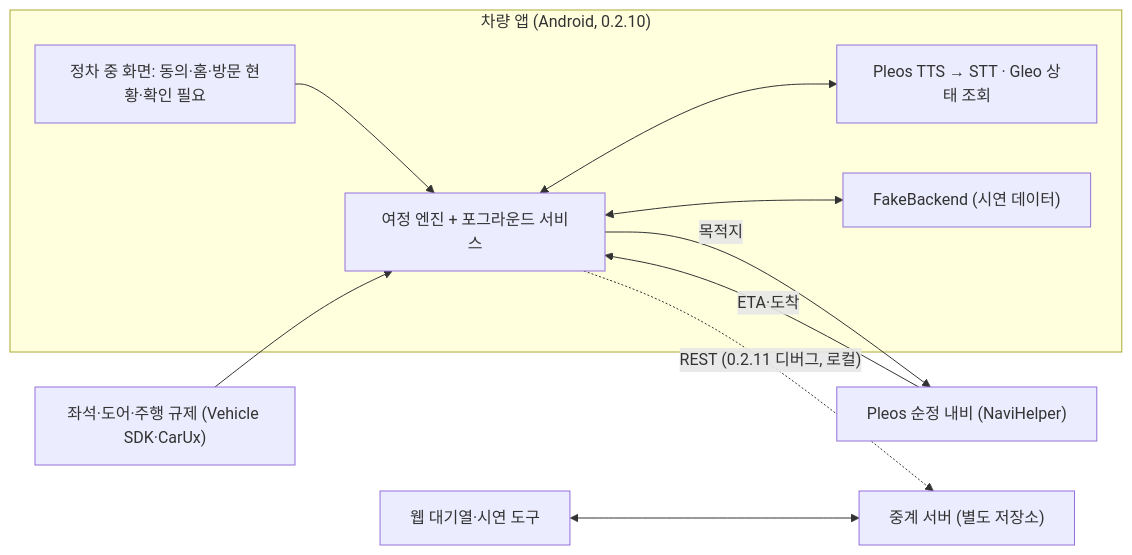
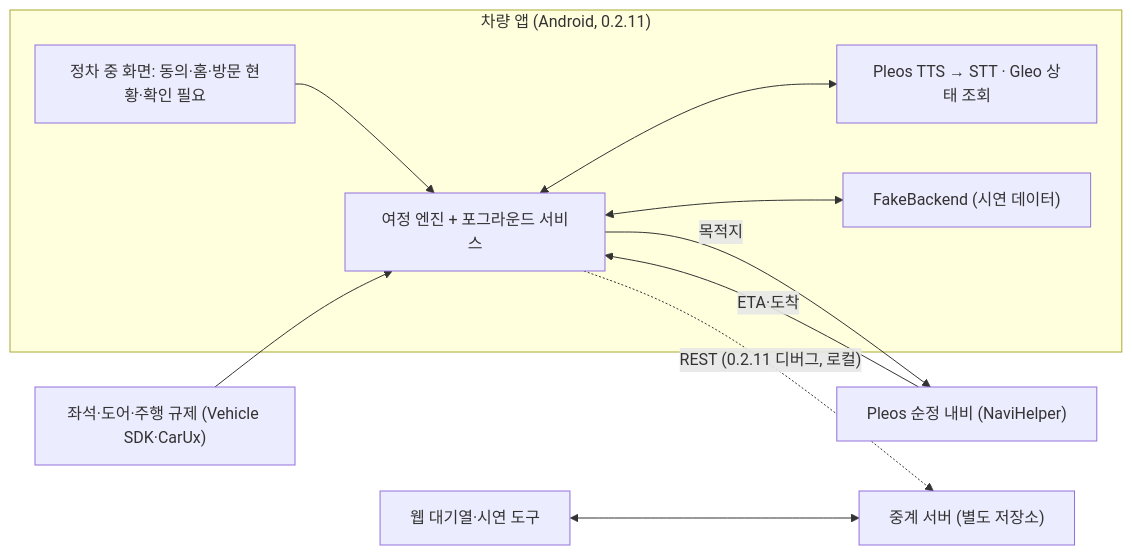
The diagram in README.md (smartjourney-pleos/smart-journey-main), drawn with Mermaid before and after one commit. The commit also changed other lines of this file and 4 other files, not shown here.

````diff
--- a/README.md
+++ b/README.md
@@ -191,19 +200,19 @@
 ```mermaid
 flowchart LR
-  subgraph CAR["차량 앱 (Android, 0.2.10)"]
+  subgraph CAR["차량 앱 (Android, 0.2.11)"]
     UI["정차 중 화면: 동의·홈·방문 현황·확인 필요"]
     ENGINE["여정 엔진 + 포그라운드 서비스"]
     VOICE["Pleos TTS → STT · Gleo 상태 조회"]
     FAKE["FakeBackend (시연 데이터)"]
     UI --> ENGINE
     ENGINE <--> VOICE
     ENGINE <--> FAKE
   end
   NAVI["Pleos 순정 내비 (NaviHelper)"] -->|"ETA·도착"| ENGINE
   ENGINE -->|"목적지"| NAVI
   VEH["좌석·도어·주행 규제 (Vehicle SDK·CarUx)"] --> ENGINE
   SERVER["중계 서버 (별도 저장소)"]
   WEB["웹 대기열·시연 도구"]
   ENGINE -. "REST (0.2.11 디버그, 로컬)" .-> SERVER
   WEB <--> SERVER
 ```
````
